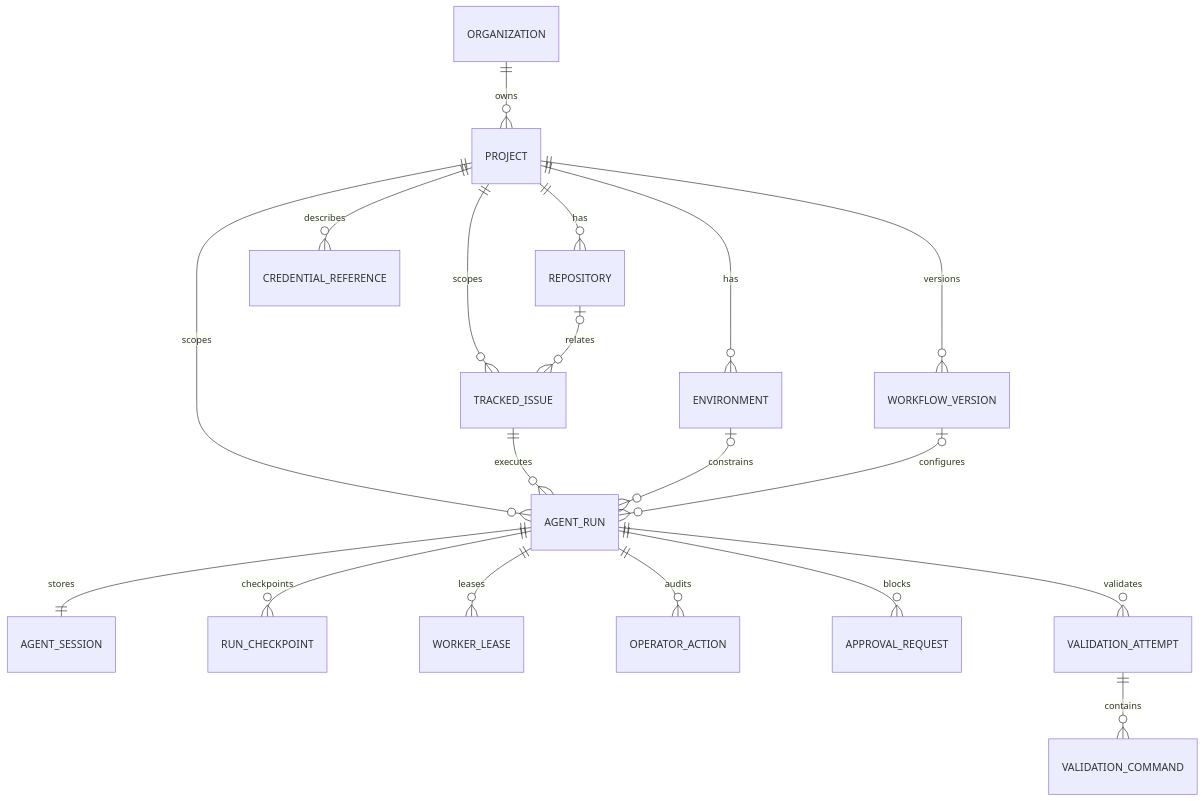
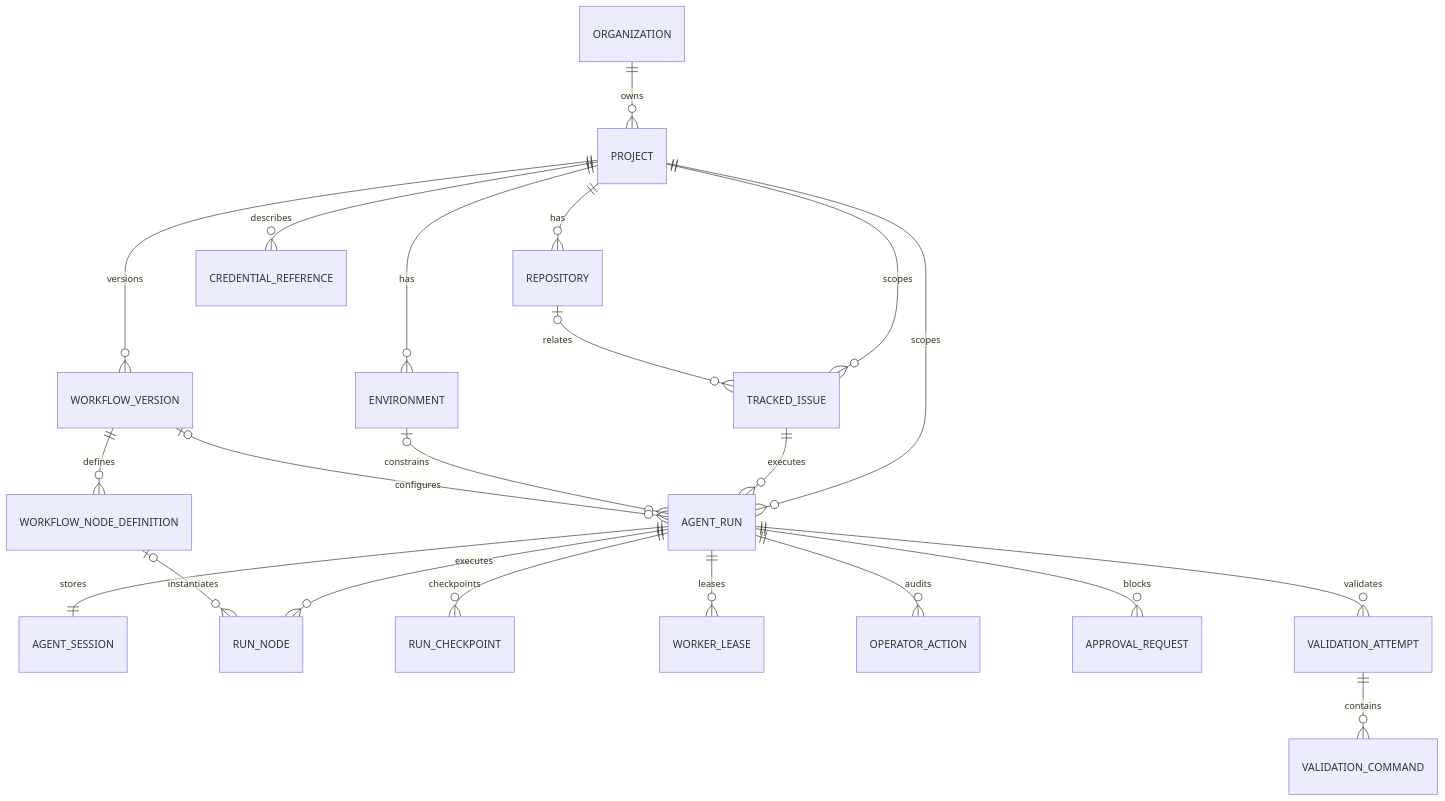
The fifth of 12 diagrams in docs/ARCHITECTURE.md (mahfouzalsheikh/tempo), drawn with Mermaid before and after one commit. The commit also changed other lines of this file and 12 other files, not shown here.

````diff
--- a/docs/ARCHITECTURE.md
+++ b/docs/ARCHITECTURE.md
@@ -309,21 +309,24 @@
 ```mermaid
 erDiagram
     ORGANIZATION ||--o{ PROJECT : owns
     PROJECT ||--o{ REPOSITORY : has
     PROJECT ||--o{ ENVIRONMENT : has
     PROJECT ||--o{ WORKFLOW_VERSION : versions
     PROJECT ||--o{ CREDENTIAL_REFERENCE : describes
     PROJECT ||--o{ TRACKED_ISSUE : scopes
     PROJECT ||--o{ AGENT_RUN : scopes
     REPOSITORY o|--o{ TRACKED_ISSUE : relates
     TRACKED_ISSUE ||--o{ AGENT_RUN : executes
     ENVIRONMENT o|--o{ AGENT_RUN : constrains
     WORKFLOW_VERSION o|--o{ AGENT_RUN : configures
+    WORKFLOW_VERSION ||--o{ WORKFLOW_NODE_DEFINITION : defines
     AGENT_RUN ||--|| AGENT_SESSION : stores
+    AGENT_RUN ||--o{ RUN_NODE : executes
+    WORKFLOW_NODE_DEFINITION o|--o{ RUN_NODE : instantiates
     AGENT_RUN ||--o{ RUN_CHECKPOINT : checkpoints
     AGENT_RUN ||--o{ WORKER_LEASE : leases
     AGENT_RUN ||--o{ OPERATOR_ACTION : audits
     AGENT_RUN ||--o{ APPROVAL_REQUEST : blocks
     AGENT_RUN ||--o{ VALIDATION_ATTEMPT : validates
     VALIDATION_ATTEMPT ||--o{ VALIDATION_COMMAND : contains
 ```
````
